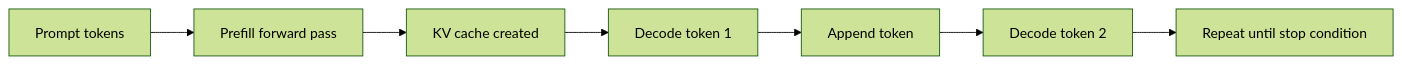
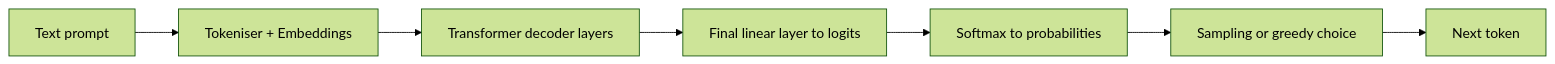
One commit to SAILTECHTEAM/knowledge-base changed the diagram in docs/LLM/llm-inference-principles.mdx. Above: the diagram before and after it, drawn with Mermaid (forest theme). The commit also changed other lines of this file and 1 other file, not shown here.

````diff
--- a/docs/LLM/llm-inference-principles.mdx
+++ b/docs/LLM/llm-inference-principles.mdx
@@ -18,9 +17,9 @@
 ```mermaid
 flowchart LR
-  A["Prompt tokens"] --> B["Prefill forward pass"]
-  B --> C["KV cache created"]
-  C --> D["Decode token 1"]
-  D --> E["Append token"]
-  E --> F["Decode token 2"]
-  F --> G["Repeat until stop condition"]
+  A["Text prompt"] --> B["Tokeniser + Embeddings"]
+  B --> C["Transformer decoder layers"]
+  C --> D["Final linear layer to logits"]
+  D --> E["Softmax to probabilities"]
+  E --> F["Sampling or greedy choice"]
+  F --> G["Next token"]
 ```
````
